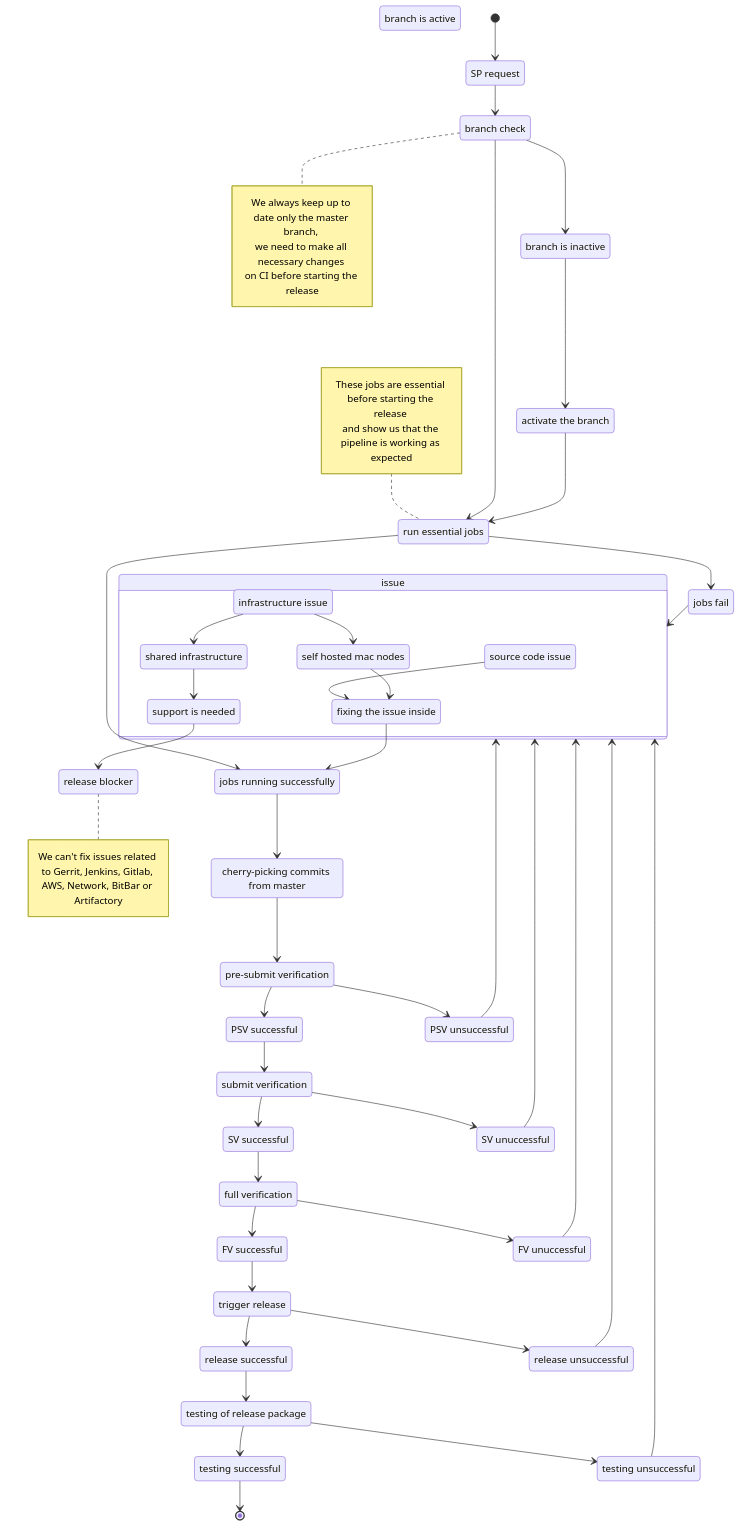
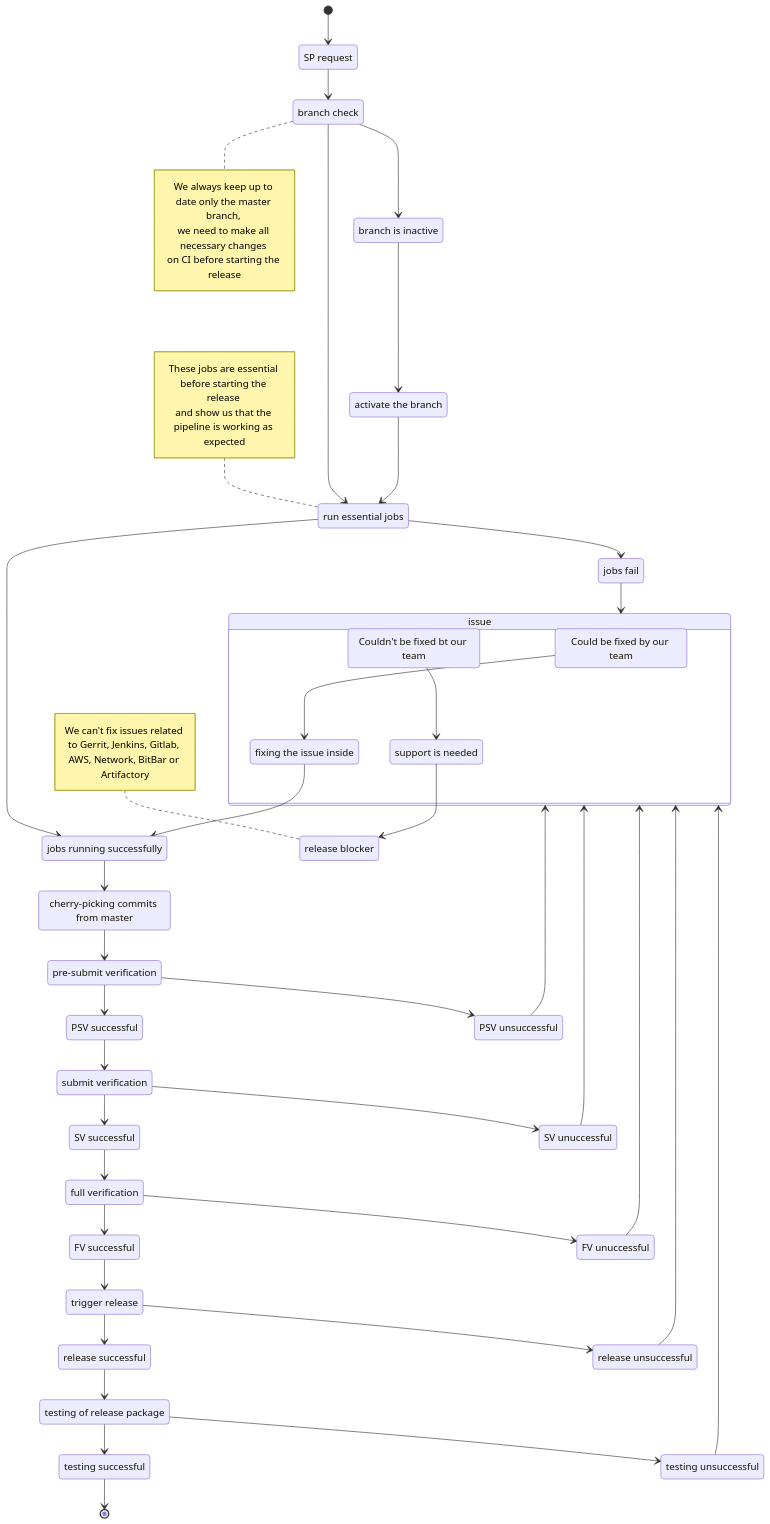
Before and after one commit to Stradivarius23/markdown: the first of 2 diagrams in README.md, drawn with Mermaid. The commit also changed other lines of this file, not shown here.

````diff
--- a/README.md
+++ b/README.md
@@ -4,24 +4,19 @@
 ```mermaid
 stateDiagram-v2
   state issue {
-    SI --> Fixing
-    II -->  Mac
-    II --> CCI
-    Mac --> Fixing
-    CCI --> Support
+    Could Couldn't
+    Could --> Fixing
+    Couldn't --> Support
     }
   SP: SP request
   BC: branch check
-  BA: branch is active
   BI: branch is inactive
   REJ: run essential jobs
   ABJ: activate the branch
   JS: jobs running successfully
   JUS: jobs fail
-  SI: source code issue
-  II: infrastructure issue 
-  CCI: shared infrastructure
-  Mac: self hosted mac nodes
+  Could: Could be fixed by our team
+  Couldn't: Couldn't be fixed bt our team
   Fixing: fixing the issue inside
   Support: support is needed
   Blocker: release blocker
@@ -54,7 +49,7 @@
      and show us that the pipeline is working as expected
   end note
   
-  note right of Blocker
+  note left of Blocker
       We can't fix issues related to Gerrit, Jenkins, Gitlab, AWS, Network, BitBar or Artifactory
   end note
   
````
